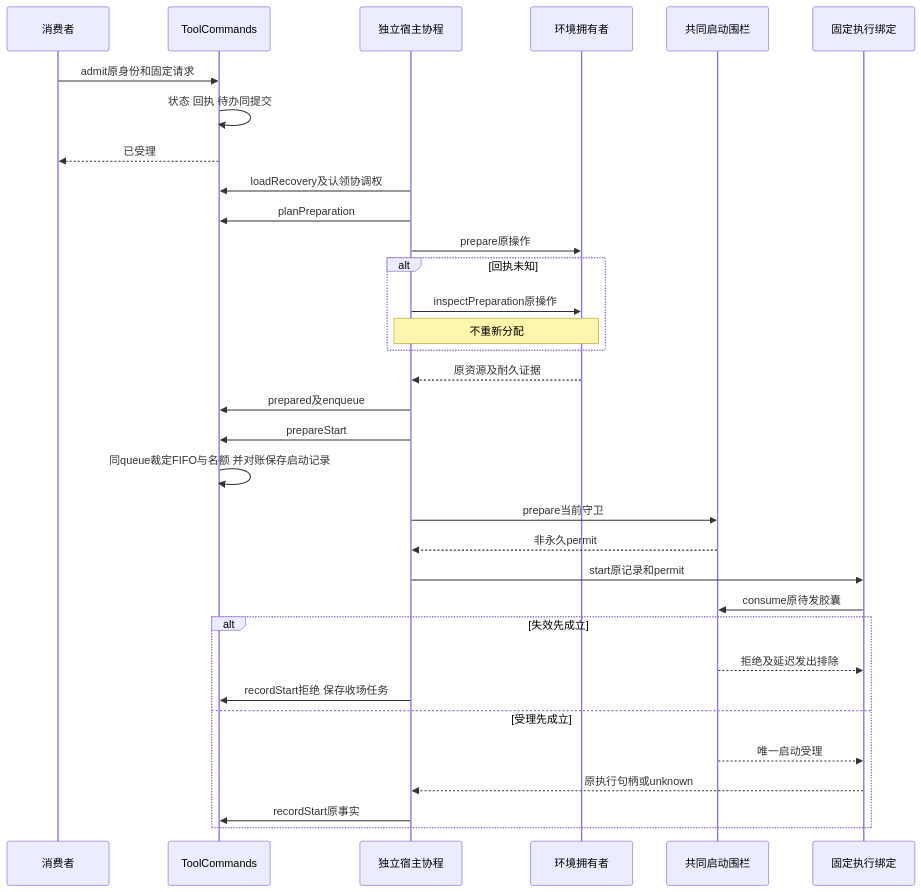
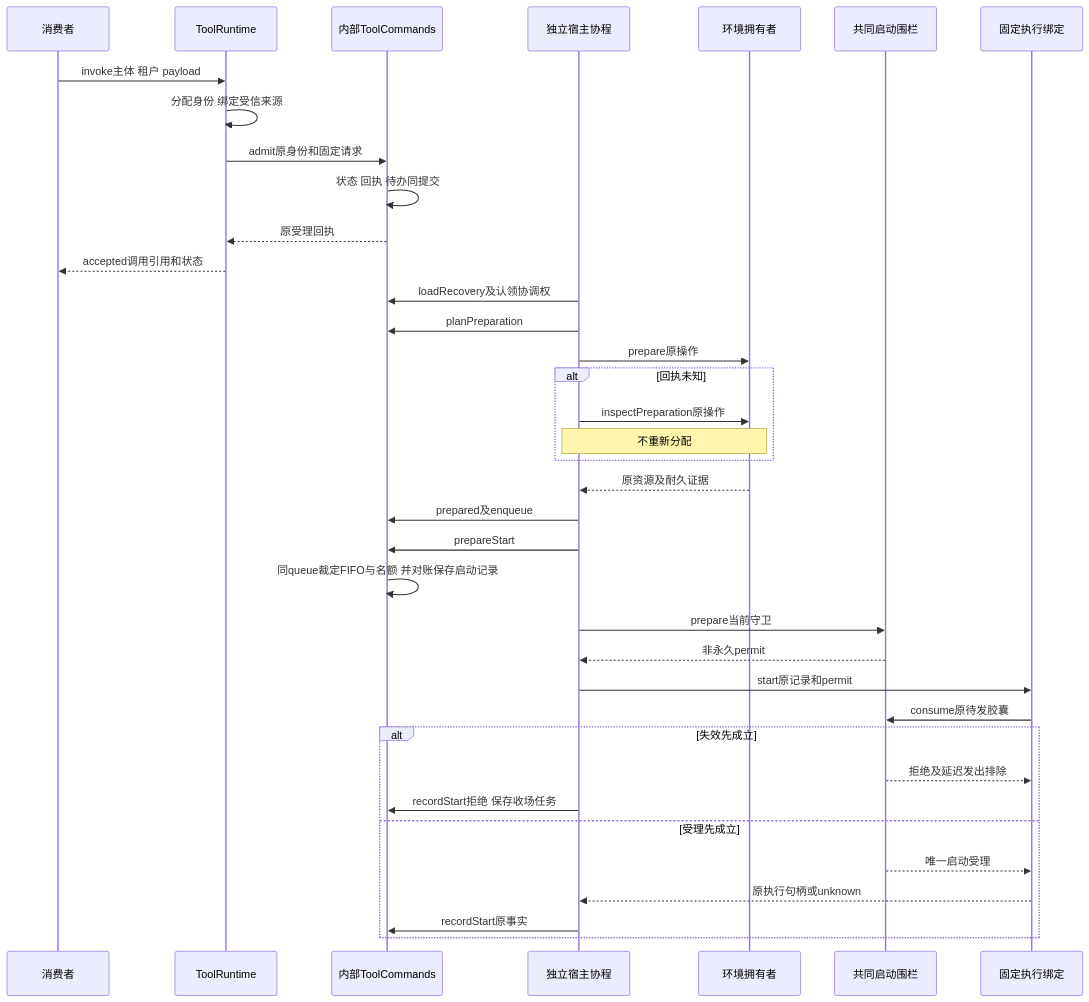
The fifth of 16 diagrams in packages/tool/tool-contract/docs/flows.md (nemori-ai/omne-harness-lite), drawn with Mermaid before and after one commit. The commit also changed 68 other files, not shown here.

First line of the commit message:
feat(tool): 以普通 payload 发起并通过引用访问调用

````diff
--- a/packages/tool/tool-contract/docs/flows.md
+++ b/packages/tool/tool-contract/docs/flows.md
@@ -221,35 +221,39 @@
 ```mermaid
 sequenceDiagram
     participant C as 消费者
-    participant T as ToolCommands
+    participant R as ToolRuntime
+    participant T as 内部ToolCommands
     participant H as 独立宿主协程
     participant E as 环境拥有者
     participant A as 共同启动围栏
     participant X as 固定执行绑定
-    C->>T: admit原身份和固定请求
+    C->>R: invoke主体 租户 payload
+    R->>R: 分配身份 绑定受信来源
+    R->>T: admit原身份和固定请求
     T->>T: 状态 回执 待办同提交
-    T-->>C: 已受理
+    T-->>R: 原受理回执
+    R-->>C: accepted调用引用和状态
     H->>T: loadRecovery及认领协调权
     H->>T: planPreparation
     H->>E: prepare原操作
     alt 回执未知
         H->>E: inspectPreparation原操作
         Note over H,E: 不重新分配
     end
     E-->>H: 原资源及耐久证据
     H->>T: prepared及enqueue
     H->>T: prepareStart
     T->>T: 同queue裁定FIFO与名额 并对账保存启动记录
     H->>A: prepare当前守卫
     A-->>H: 非永久permit
     H->>X: start原记录和permit
     X->>A: consume原待发胶囊
     alt 失效先成立
         A-->>X: 拒绝及延迟发出排除
         H->>T: recordStart拒绝 保存收场任务
     else 受理先成立
         A-->>X: 唯一启动受理
         X-->>H: 原执行句柄或unknown
         H->>T: recordStart原事实
     end
 ```
````
